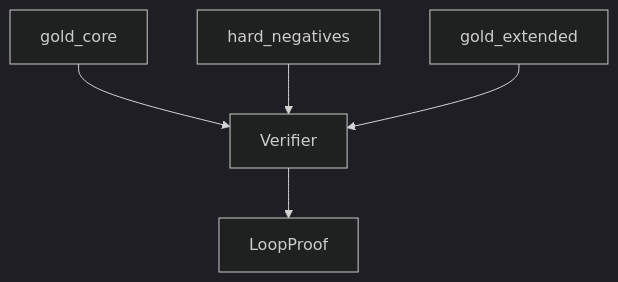
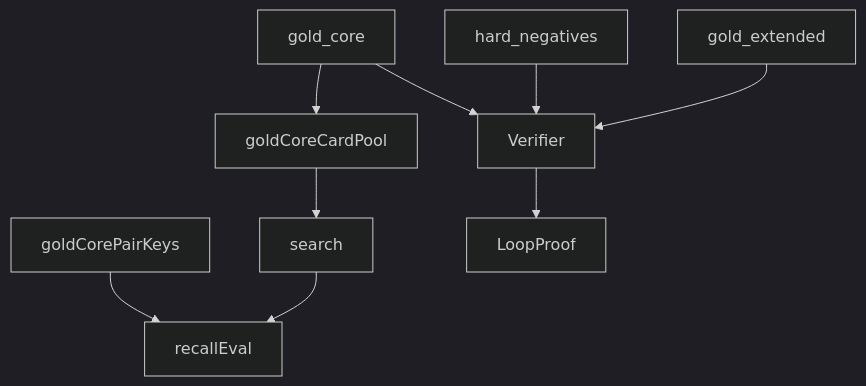
Before and after one commit to witzbeck/mtg-loop-engine: the diagram in src/mtg_loop_engine/corpus/README.md, drawn with Mermaid (dark theme). The commit also changed other lines of this file and 7 other files, not shown here.

````diff
--- a/src/mtg_loop_engine/corpus/README.md
+++ b/src/mtg_loop_engine/corpus/README.md
@@ -9,7 +9,11 @@
 ```mermaid
 graph TB;
   goldCore[gold_core] --> verifier[Verifier];
   hardNeg[hard_negatives] --> verifier;
   goldExt[gold_extended] --> verifier;
+  goldCore --> pool[goldCoreCardPool];
+  pool --> search[search];
+  goldKeys[goldCorePairKeys] --> recall[recallEval];
+  search --> recall;
   verifier --> proofs[LoopProof];
 ```
````
